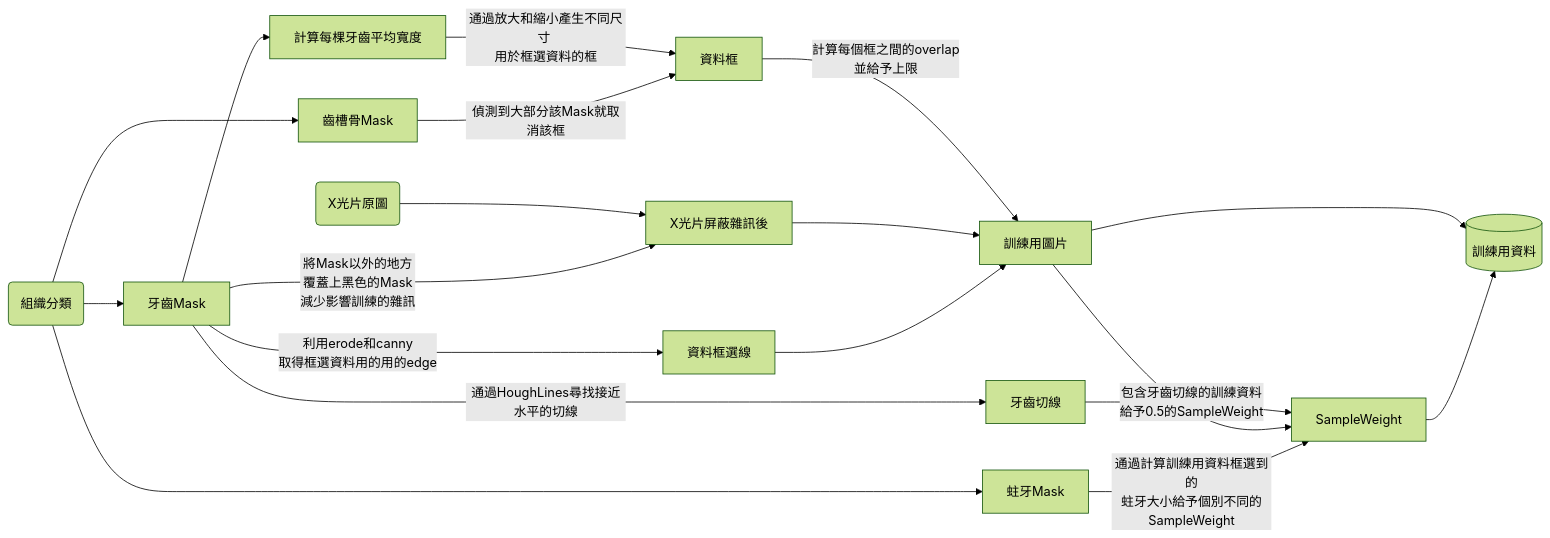
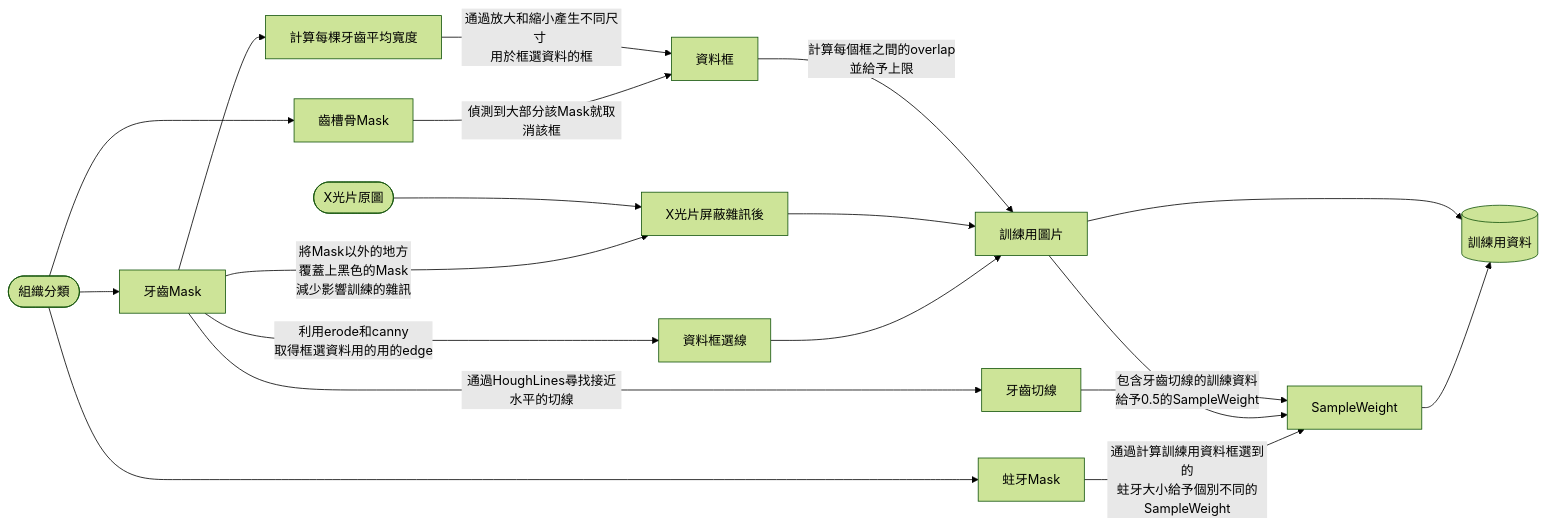
One commit to JasonYeongg/CariesDetection changed the diagram in Edge Frame Detection/README.md. Above: the diagram before and after it, drawn with Mermaid (forest theme).

````diff
--- a/Edge Frame Detection/README.md
+++ b/Edge Frame Detection/README.md
@@ -63,21 +63,21 @@
 ```mermaid
 flowchart LR
-A(X光片原圖) --> F[X光片屏蔽雜訊後]
-B(組織分類) --> C[牙齒Mask]
+A([X光片原圖]) --> F[X光片屏蔽雜訊後]
+B([組織分類]) --> C[牙齒Mask]
 B --> D[蛀牙Mask]
 B --> E[齒槽骨Mask]
 C --> G[計算每棵牙齒平均寬度]
 C -->|將Mask以外的地方 \n覆蓋上黑色的Mask \n減少影響訓練的雜訊| F
 C -->|利用erode和canny \n取得框選資料用的用的edge| H[資料框選線]
 G -->|通過放大和縮小產生不同尺寸 \n用於框選資料的框| I[資料框]
 E -->|偵測到大部分該Mask就取消該框| I
 I -->|計算每個框之間的overlap\n並給予上限| J[訓練用圖片]
 F --> J
 H --> J
 C -->|通過HoughLines尋找接近水平的切線| K[牙齒切線]
 K -->|包含牙齒切線的訓練資料\n給予0.5的SampleWeight| L[SampleWeight]
 J --> L
 D -->|通過計算訓練用資料框選到的\n蛀牙大小給予個別不同的SampleWeight| L
 J --> M[(訓練用資料)]
 L --> M
 ```
````
